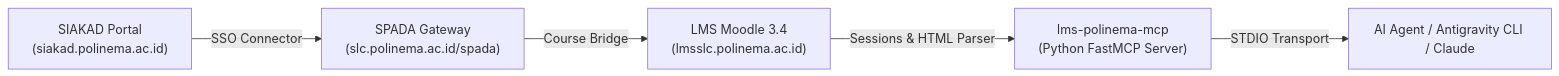
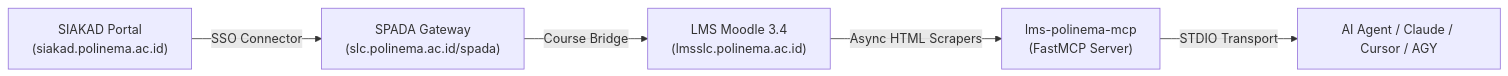
Before and after one commit to hafidzrafi/lms-polinema-mcp: the diagram in README.md, drawn with Mermaid. The commit also changed other lines of this file, not shown here.

Commit message:
docs: update README with cross-platform support and v2 architecture

````diff
--- a/README.md
+++ b/README.md
@@ -17,7 +18,7 @@
 ```mermaid
 flowchart LR
     A["SIAKAD Portal\n(siakad.polinema.ac.id)"] -->|"SSO Connector"| B["SPADA Gateway\n(slc.polinema.ac.id/spada)"]
     B -->|"Course Bridge"| C["LMS Moodle 3.4\n(lmsslc.polinema.ac.id)"]
-    C -->|"Sessions & HTML Parser"| D["lms-polinema-mcp\n(Python FastMCP Server)"]
-    D -->|"STDIO Transport"| E["AI Agent / Antigravity CLI / Claude"]
+    C -->|"Async HTML Scrapers"| D["lms-polinema-mcp\n(FastMCP Server)"]
+    D -->|"STDIO Transport"| E["AI Agent / Claude / Cursor / AGY"]
 ```
````
